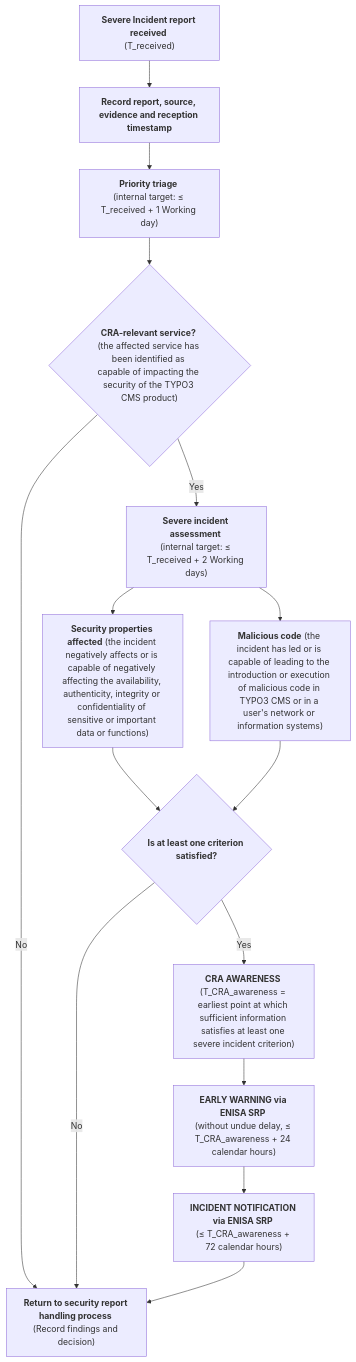
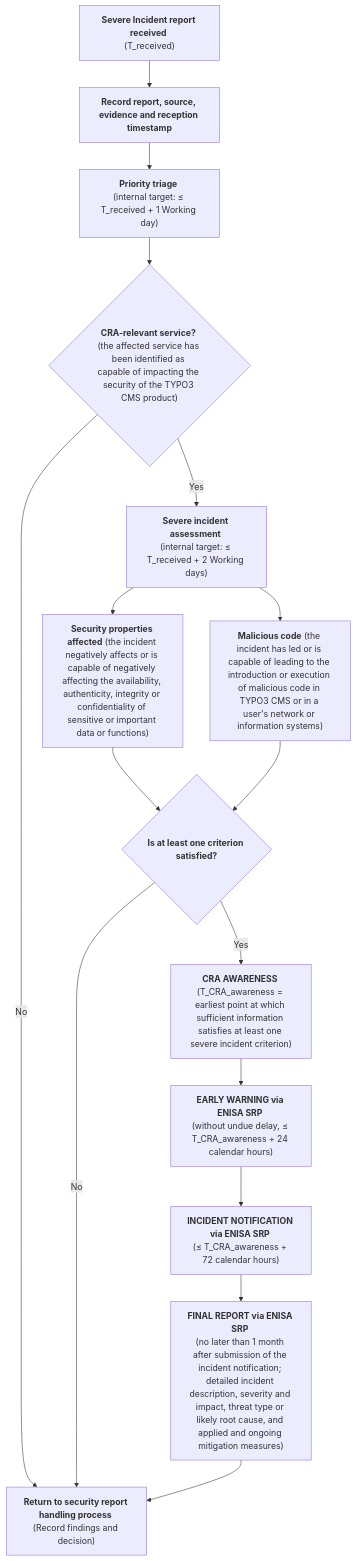
The diagram in templates/severe-incident-process.md (rfoucard/cra-fast-track), drawn with Mermaid before and after one commit.

````diff
--- a/templates/severe-incident-process.md
+++ b/templates/severe-incident-process.md
@@ -15,29 +15,32 @@
 ```mermaid
 flowchart TD
 
     A["<strong>Severe Incident report received</strong> \n(T_received)"] --> B["<strong>Record report, source, evidence and reception timestamp</strong>"]
 
     B --> C["<strong>Priority triage</strong> \n(internal target: ≤ T_received + 1 Working day)"]
 
     C --> D{"<strong>CRA-relevant service?</strong> (the affected service has been identified as capable of impacting the security of the TYPO3 CMS product)"}
 
     D -- "No" --> X["<strong>Return to security report handling process</strong> \n(Record findings and decision)"]
 
     D -- "Yes" --> E["<strong>Severe incident assessment</strong> \n(internal target: ≤ T_received + 2 Working days)"]
 
     E --> F["<strong>Security properties affected</strong> (the incident negatively affects or is capable of negatively affecting the availability, authenticity, integrity or confidentiality of sensitive or important data or functions)"]
 
     E --> G["<strong>Malicious code</strong> (the incident has led or is capable of leading to the introduction or execution of malicious code in TYPO3 CMS or in a user's network or information systems)"]
 
     F --> J{"<strong>Is at least one criterion satisfied?</strong>"}
     G --> J
 
     J -- "No" --> X
     J -- "Yes" --> L["<strong>CRA AWARENESS</strong> \n(T_CRA_awareness = earliest point at which sufficient information satisfies at least one severe incident criterion)"]
 
     L --> M["<strong>EARLY WARNING via ENISA SRP</strong> \n(without undue delay, ≤ T_CRA_awareness + 24 calendar hours)"]
 
     M --> N["<strong>INCIDENT NOTIFICATION via ENISA SRP</strong> \n(≤ T_CRA_awareness + 72 calendar hours)"]
 
-    N --> X
+    N --> O["<strong>FINAL REPORT via ENISA SRP</strong> \n(no later than 1 month after submission of the incident notification; detailed incident description, severity and impact, threat type or likely root cause, and applied and ongoing mitigation measures)"]
+
+    O --> X
+
 ```
````
